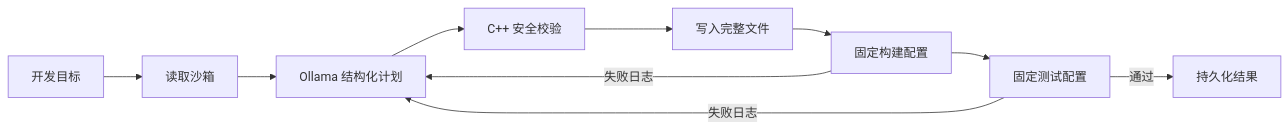
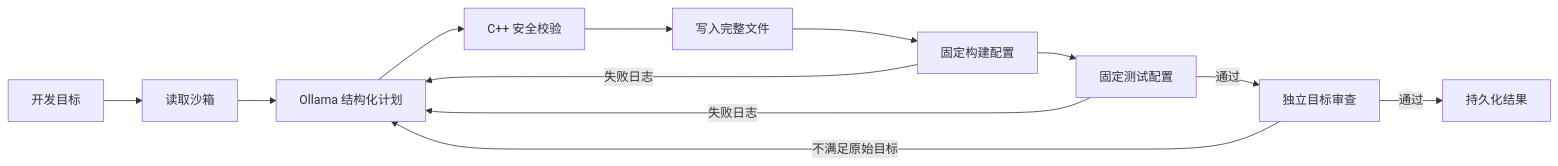
The third of 3 diagrams in docs/architecture.md (zhangxiaoji124/C-), drawn with Mermaid before and after one commit. The commit also changed other lines of this file and 14 other files, not shown here.

````diff
--- a/docs/architecture.md
+++ b/docs/architecture.md
@@ -79,12 +79,14 @@
 ```mermaid
 flowchart LR
     Goal["开发目标"] --> Observe["读取沙箱"]
     Observe --> Plan["Ollama 结构化计划"]
     Plan --> Validate["C++ 安全校验"]
     Validate --> Write["写入完整文件"]
     Write --> Build["固定构建配置"]
     Build --> Test["固定测试配置"]
     Build -->|失败日志| Plan
     Test -->|失败日志| Plan
-    Test -->|通过| Done["持久化结果"]
+    Test -->|通过| Review["独立目标审查"]
+    Review -->|不满足原始目标| Plan
+    Review -->|通过| Done["持久化结果"]
 ```
````
